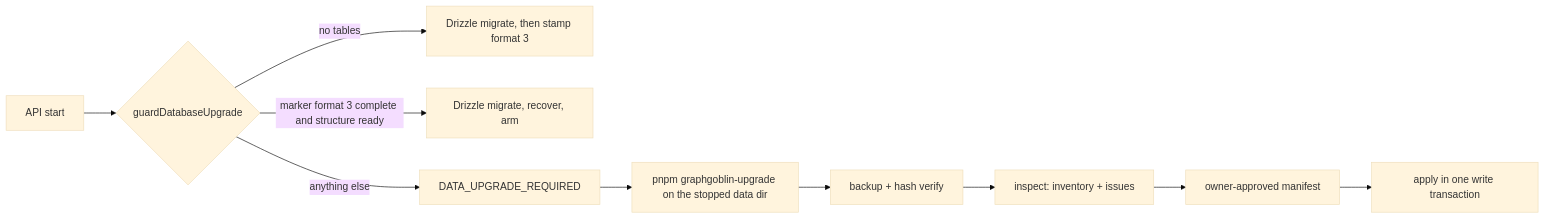
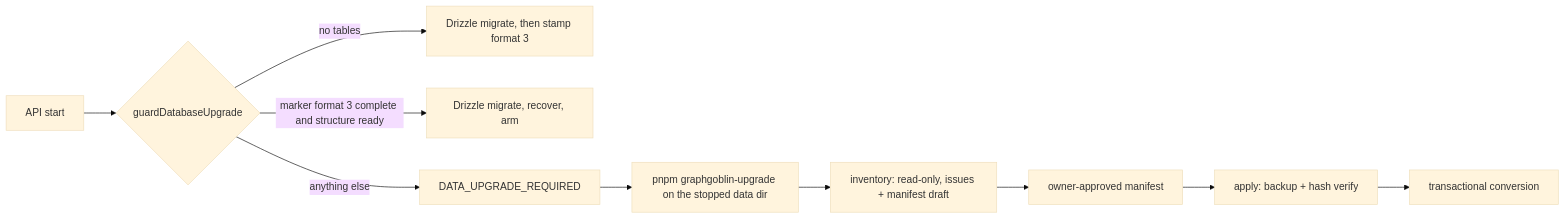
The fourth of 7 diagrams in docs/architecture/README.md (Jacob-J-Thomas/GraphGoblin), drawn with Mermaid (base theme) before and after one commit. The commit also changed other lines of this file and 1 other file, not shown here.

Commit message:
Apply the #163 review: recovery, streaming and cutover debt; corrected claims

````diff
--- a/docs/architecture/README.md
+++ b/docs/architecture/README.md
@@ -184,9 +196,9 @@
 ```mermaid
 flowchart LR
   start[API start] --> guard{guardDatabaseUpgrade}
   guard -- no tables --> fresh[Drizzle migrate, then stamp format 3]
   guard -- marker format 3 complete and structure ready --> current[Drizzle migrate, recover, arm]
   guard -- anything else --> refuse[DATA_UPGRADE_REQUIRED]
   refuse --> tool[pnpm graphgoblin-upgrade on the stopped data dir]
-  tool --> backup[backup + hash verify] --> inspect[inspect: inventory + issues] --> manifest[owner-approved manifest] --> apply[apply in one write transaction]
+  tool --> inventory[inventory: read-only, issues + manifest draft] --> manifest[owner-approved manifest] --> apply[apply: backup + hash verify] --> convert[transactional conversion]
 ```
````
